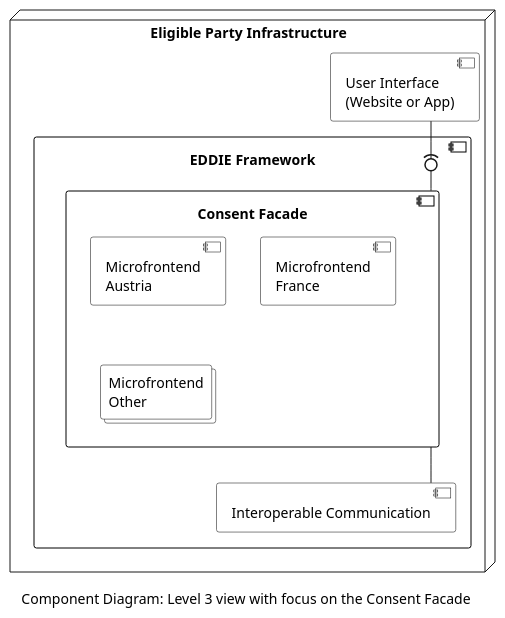
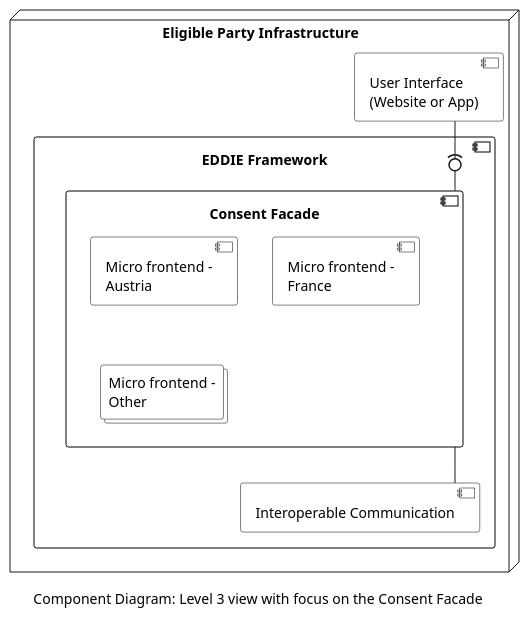
Before and after one commit to eddie-energy/architecture: the diagram in arc42/05-building-block-view/figures/component-diagram-level-3-consent-facade.puml, drawn with PlantUML. The commit also changed 6 other files, not shown here.

```diff
--- a/arc42/05-building-block-view/figures/component-diagram-level-3-consent-facade.puml
+++ b/arc42/05-building-block-view/figures/component-diagram-level-3-consent-facade.puml
@@ -1,50 +1,50 @@
 @startuml component-diagram-level-3-consent-facade
 'component diagram
 caption Component Diagram: Level 3 view with focus on the Consent Facade
 
 skinparam linetype ortho
 skinparam interface {
   backgroundColor transparent
   borderColor black
 }
 skinparam component{
   BorderColor black
   BackgroundColor transparent
 }
 skinparam collections{
   BorderColor black
   BackgroundColor white
 }
 skinparam database{
   BorderColor black
   BackgroundColor transparent
 }
 skinparam rectangle{
   BorderColor transparent
   BackgroundColor transparent
   FontColor transparent
 }
 
 node "Eligible Party Infrastructure"  as epInfra{
   component "User Interface \n(Website or App)" as ui
   component "EDDIE Framework" as eddie {
     component "Consent Facade" as consentFacade {
-      component "Microfrontend\nAustria" as regConAu
-      component "Microfrontend\nFrance" as regConFr
-      collections "Microfrontend\nOther" as regConOt
+      component "Micro frontend -\nAustria" as regConAu
+      component "Micro frontend -\nFrance" as regConFr
+      collections "Micro frontend -\nOther" as regConOt
 
       ' regConFr -up- regConAu
       ' regConFr -down- regConOt
     }
   component "Interoperable Communication" as comm
 
   consentFacade --down- comm 
   }  
   ui -down(0- consentFacade
 }
 
 
 
 
 
 @enduml
```
